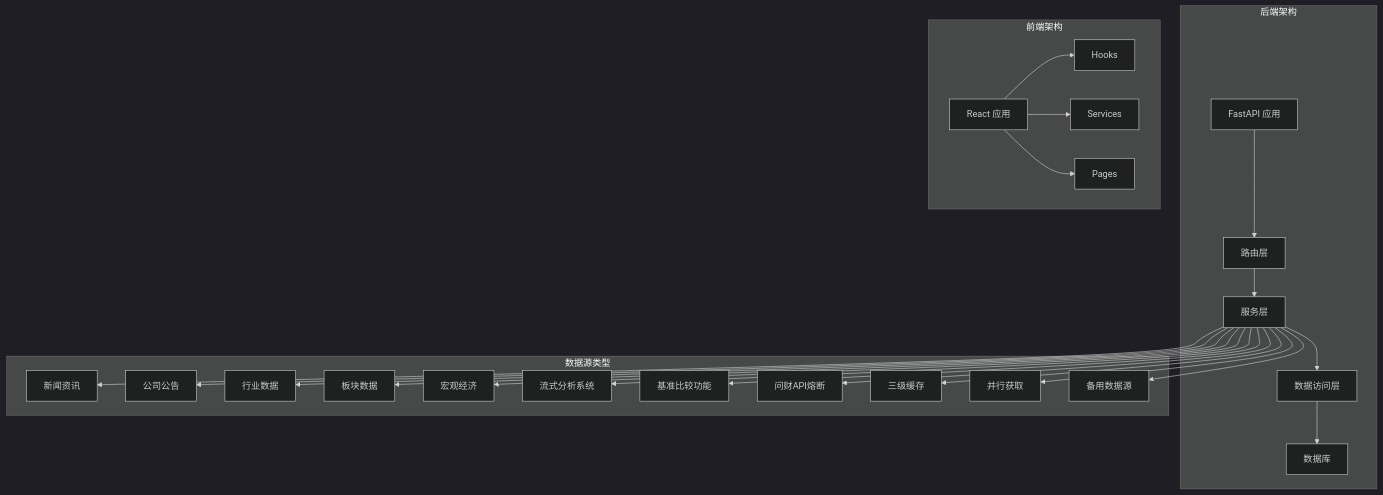
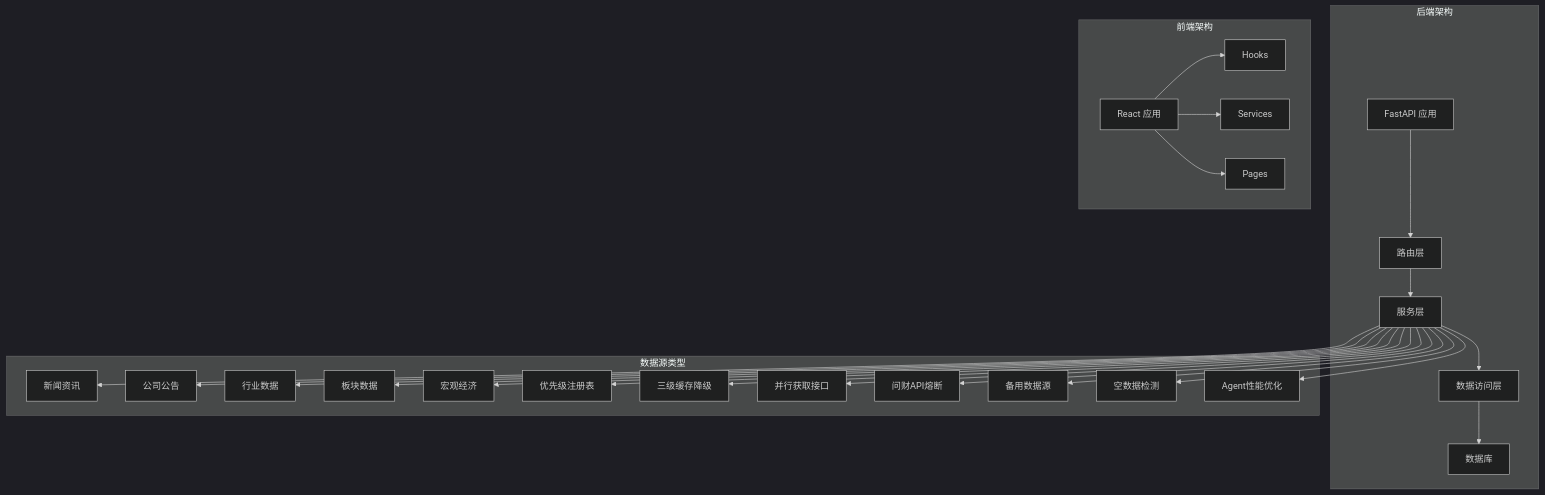
The first of 16 diagrams in .qoder/repowiki/zh/content/数据源服务增强.md (Moruime/stock_foker), drawn with Mermaid (dark theme) before and after one commit. The commit also changed other lines of this file and 5 other files, not shown here.

````diff
--- a/.qoder/repowiki/zh/content/数据源服务增强.md
+++ b/.qoder/repowiki/zh/content/数据源服务增强.md
@@ -66,47 +66,49 @@
 ```mermaid
 graph TB
 subgraph "后端架构"
 A[FastAPI 应用]
 B[路由层]
 C[服务层]
 D[数据访问层]
 E[数据库]
 end
 subgraph "前端架构"
 F[React 应用]
 G[Hooks]
 H[Services]
 I[Pages]
 end
 subgraph "数据源类型"
 J[新闻资讯]
 K[公司公告]
 L[行业数据]
 M[板块数据]
 N[宏观经济]
-O[流式分析系统]
-P[基准比较功能]
-Q[问财API熔断]
-R[三级缓存]
-S[并行获取]
-T[备用数据源]
+O[优先级注册表]
+P[三级缓存降级]
+Q[并行获取接口]
+R[问财API熔断]
+S[备用数据源]
+T[空数据检测]
+U[Agent性能优化]
 end
 A --> B
 B --> C
 C --> D
 D --> E
 F --> G
 F --> H
 F --> I
 C --> J
 C --> K
 C --> L
 C --> M
 C --> N
 C --> O
 C --> P
 C --> Q
 C --> R
 C --> S
 C --> T
+C --> U
 ```
````
